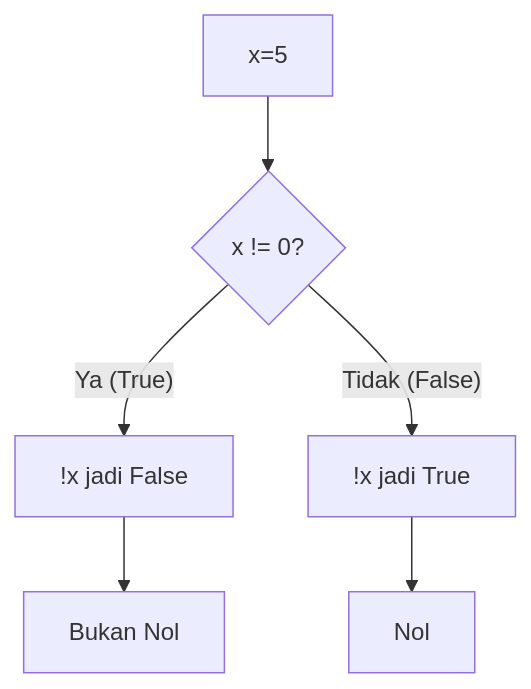
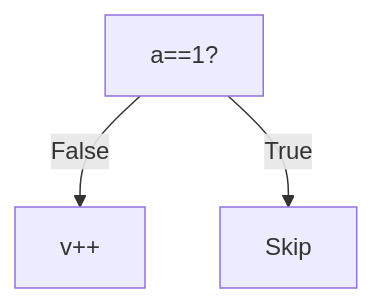
One commit to amnahwaida/OSNK_INF_PREP changed the third of 25 diagrams in part-c-pemahaman-cpp/02-percabangan/latihan/set-01.md. Above: the diagram before and after it, drawn with Mermaid. The commit also changed other lines of this file and 71 other files, not shown here.

````diff
--- a/part-c-pemahaman-cpp/02-percabangan/latihan/set-01.md
+++ b/part-c-pemahaman-cpp/02-percabangan/latihan/set-01.md
@@ -58,8 +83,5 @@
 ```mermaid
 graph TD
-    A[x=5] --> B{x != 0?}
-    B -- Ya (True) --> C["!x jadi False"]
-    B -- Tidak (False) --> D["!x jadi True"]
-    C --> E[Bukan Nol]
-    D --> F[Nol]
+A[a==1?] -- False --> B[v++]
+A -- True --> C[Skip]
 ```
````
